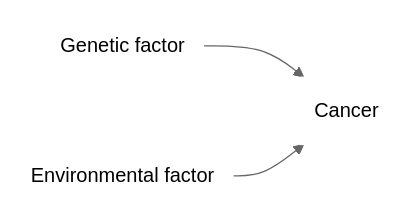
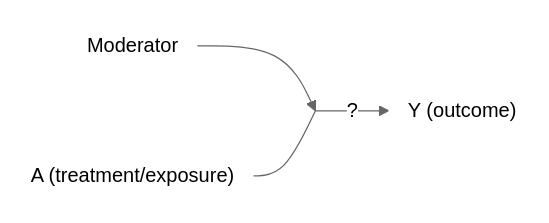
One commit to birth-outcomes/birth_outcomes_summary changed the sixth of 15 diagrams in book_birth_outcomes_summary/design_causal.md. Above: the diagram before and after it, drawn with Mermaid (neutral theme). The commit also changed other lines of this file and 1 other file, not shown here.

`````diff
--- a/book_birth_outcomes_summary/design_causal.md
+++ b/book_birth_outcomes_summary/design_causal.md
@@ -204,13 +129,15 @@
 ````{mermaid}
   flowchart LR;
 
-    gene("Genetic factor"):::white;
-    env("Environmental factor"):::white;
-    cancer("Cancer"):::white;
+    A("A (treatment/exposure)"):::white;
+    Y("Y (outcome)"):::white;
+    Empty[ ]:::empty;
+    Mod("Moderator"):::white;
 
-    gene --> cancer;
-    env --> cancer;
+    Mod --> Empty;
+    A --- Empty; Empty -->|?| Y;
 
-    classDef white fill:#FFFFFF, stroke:#FFFFFF
-    classDef black fill:#FFFFFF, stroke:#000000
+    classDef white fill:#FFFFFF, stroke:#FFFFFF;
+    classDef black fill:#FFFFFF, stroke:#000000;
+    classDef empty width:0px,height:0px;
 ````
`````
